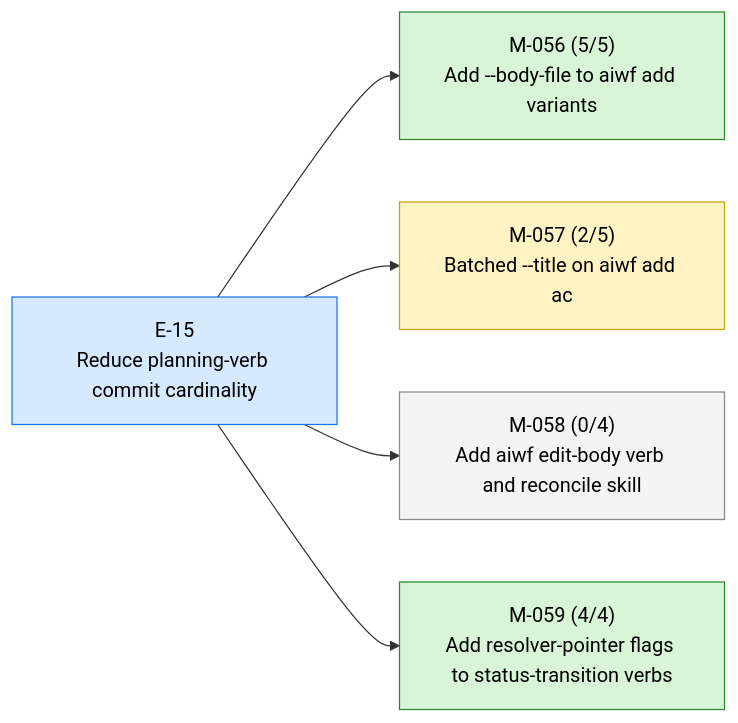
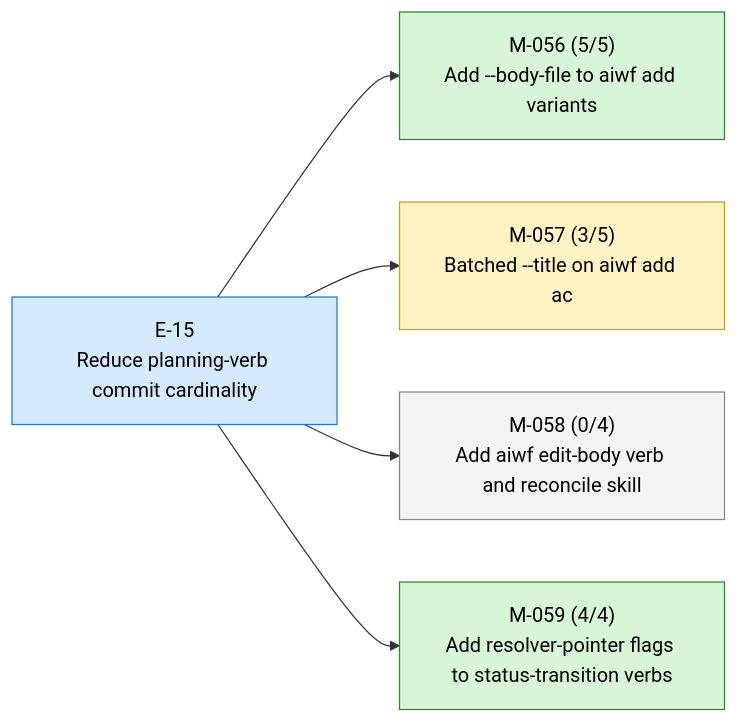
Before and after one commit to 23min/aiwf: the first of 3 diagrams in STATUS.md, drawn with Mermaid. The commit also changed other lines of this file and 1 other file, not shown here.

First line of the commit message:
aiwf promote M-057/AC-3 open -> met

````diff
--- a/STATUS.md
+++ b/STATUS.md
@@ -14,18 +14,18 @@
 ```mermaid
 flowchart LR
   E_15["E-15<br/>Reduce planning-verb commit cardinality"]:::epic_active
   M_056["M-056 (5/5)<br/>Add --body-file to aiwf add variants"]:::ms_done
   E_15 --> M_056
-  M_057["M-057 (2/5)<br/>Batched --title on aiwf add ac"]:::ms_in_progress
+  M_057["M-057 (3/5)<br/>Batched --title on aiwf add ac"]:::ms_in_progress
   E_15 --> M_057
   M_058["M-058 (0/4)<br/>Add aiwf edit-body verb and reconcile skill"]:::ms_draft
   E_15 --> M_058
   M_059["M-059 (4/4)<br/>Add resolver-pointer flags to status-transition verbs"]:::ms_done
   E_15 --> M_059
   classDef epic_active fill:#d6eaff,stroke:#1a73e8,color:#000
   classDef epic_proposed fill:#f4f4f4,stroke:#888,color:#000
   classDef ms_done fill:#d8f5d8,stroke:#2a8a2a,color:#000
   classDef ms_in_progress fill:#fff3c4,stroke:#caa400,color:#000
   classDef ms_draft fill:#f4f4f4,stroke:#888,color:#000
   classDef ms_cancelled fill:#fbeaea,stroke:#c33,color:#000
 ```
````
